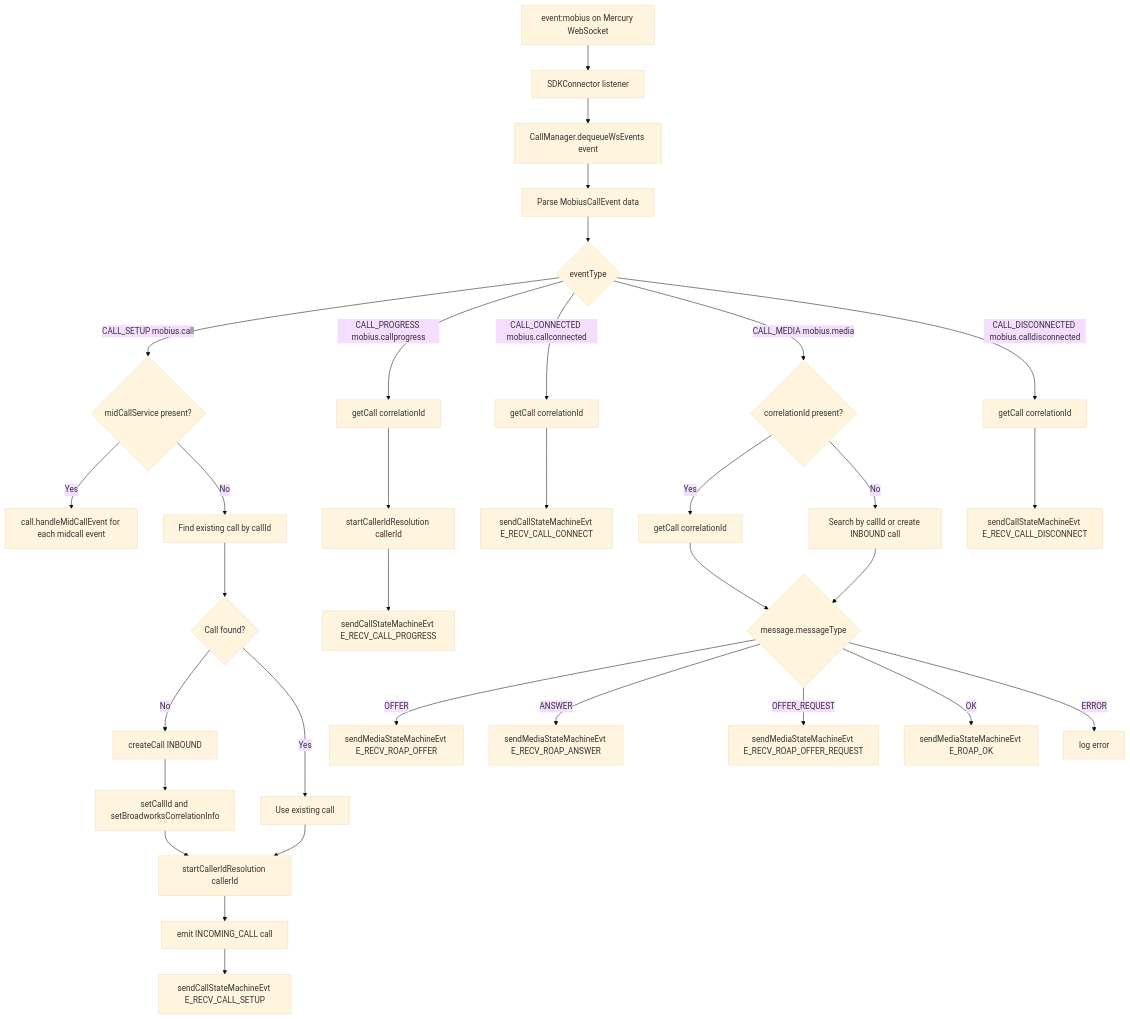
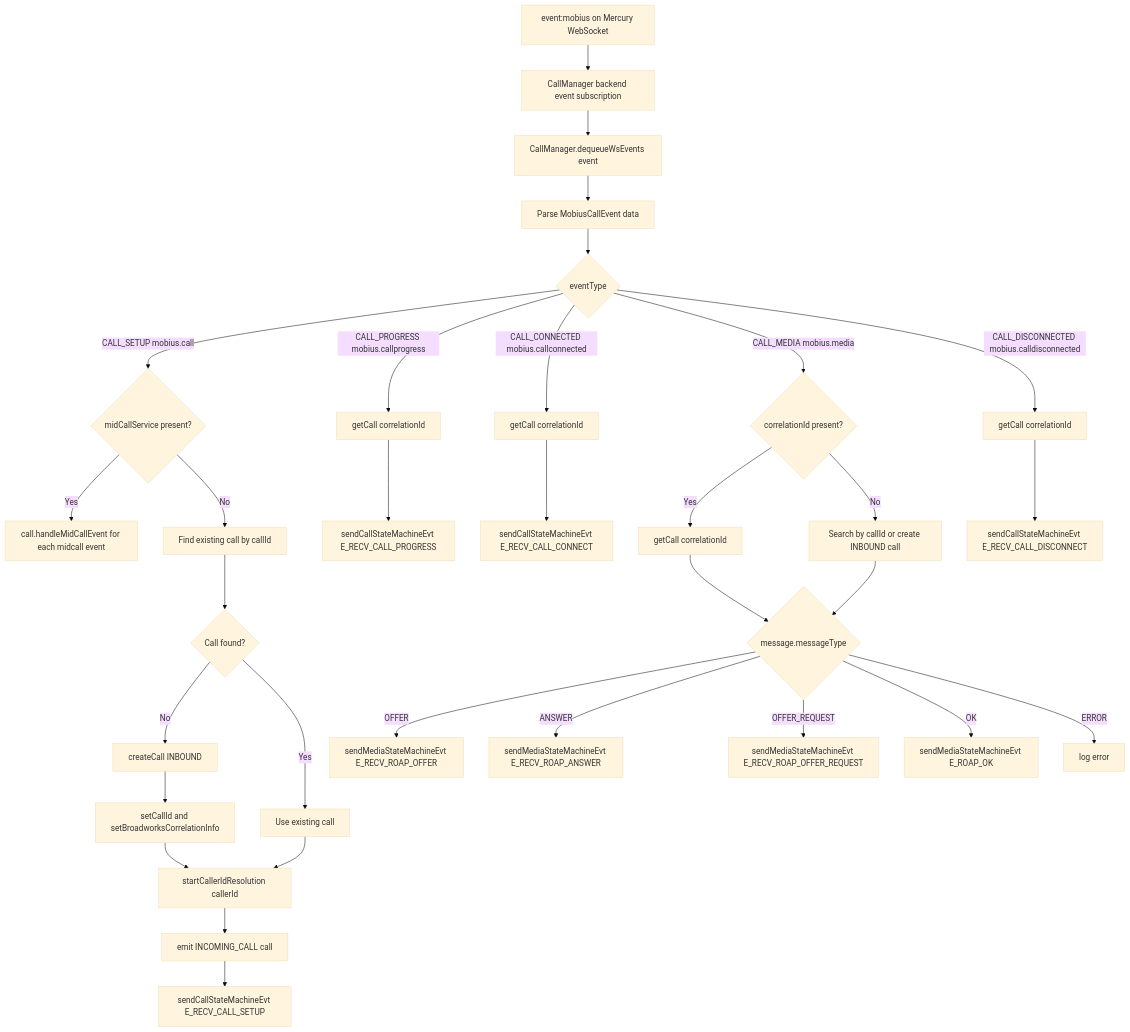
Before and after one commit to webex/webex-js-sdk: the sixth of 19 diagrams in packages/calling/src/CallingClient/calling/ai-docs/ARCHITECTURE.md, drawn with Mermaid (base theme). The commit also changed other lines of this file and 1 other file, not shown here.

````diff
--- a/packages/calling/src/CallingClient/calling/ai-docs/ARCHITECTURE.md
+++ b/packages/calling/src/CallingClient/calling/ai-docs/ARCHITECTURE.md
@@ -363,40 +363,39 @@
 ```mermaid
 flowchart TD
-    A[event:mobius on Mercury WebSocket] --> B[SDKConnector listener]
+    A[event:mobius on Mercury WebSocket] --> B[CallManager backend event subscription]
     B --> C[CallManager.dequeueWsEvents event]
     C --> D[Parse MobiusCallEvent data]
     D --> E{eventType}
 
     E -->|CALL_SETUP mobius.call| F{midCallService present?}
     F -->|Yes| F1[call.handleMidCallEvent for each midcall event]
     F -->|No| F2[Find existing call by callId]
     F2 --> F3{Call found?}
     F3 -->|No| F4[createCall INBOUND]
     F4 --> F5[setCallId and setBroadworksCorrelationInfo]
     F3 -->|Yes| F6[Use existing call]
     F5 --> F7[startCallerIdResolution callerId]
     F6 --> F7
     F7 --> F8[emit INCOMING_CALL call]
     F8 --> F9[sendCallStateMachineEvt E_RECV_CALL_SETUP]
 
     E -->|CALL_PROGRESS mobius.callprogress| G[getCall correlationId]
-    G --> G1[startCallerIdResolution callerId]
-    G1 --> G2[sendCallStateMachineEvt E_RECV_CALL_PROGRESS]
+    G --> G1[sendCallStateMachineEvt E_RECV_CALL_PROGRESS]
 
     E -->|CALL_CONNECTED mobius.callconnected| H[getCall correlationId]
     H --> H1[sendCallStateMachineEvt E_RECV_CALL_CONNECT]
 
     E -->|CALL_MEDIA mobius.media| I{correlationId present?}
     I -->|Yes| I1[getCall correlationId]
     I -->|No| I2[Search by callId or create INBOUND call]
     I1 --> J{message.messageType}
     I2 --> J
     J -->|OFFER| J1[sendMediaStateMachineEvt E_RECV_ROAP_OFFER]
     J -->|ANSWER| J2[sendMediaStateMachineEvt E_RECV_ROAP_ANSWER]
     J -->|OFFER_REQUEST| J3[sendMediaStateMachineEvt E_RECV_ROAP_OFFER_REQUEST]
     J -->|OK| J4[sendMediaStateMachineEvt E_ROAP_OK]
     J -->|ERROR| J5[log error]
 
     E -->|CALL_DISCONNECTED mobius.calldisconnected| K[getCall correlationId]
     K --> K1[sendCallStateMachineEvt E_RECV_CALL_DISCONNECT]
 ```
````
